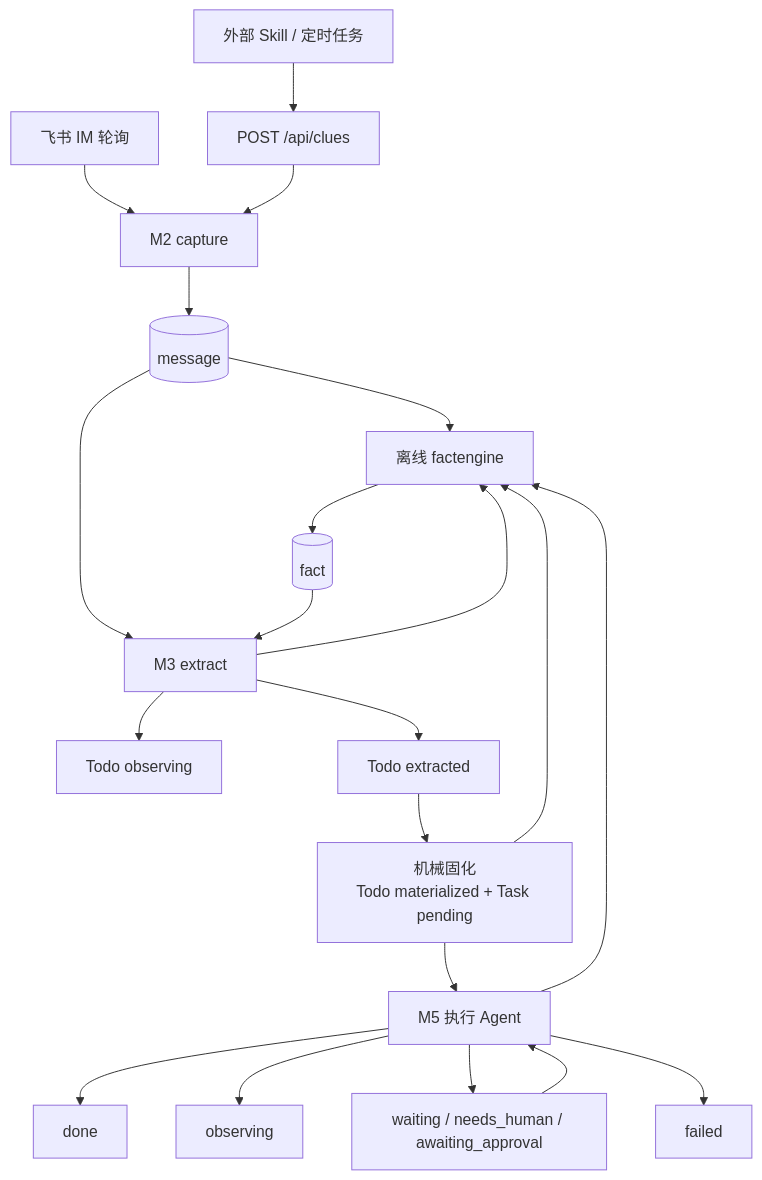
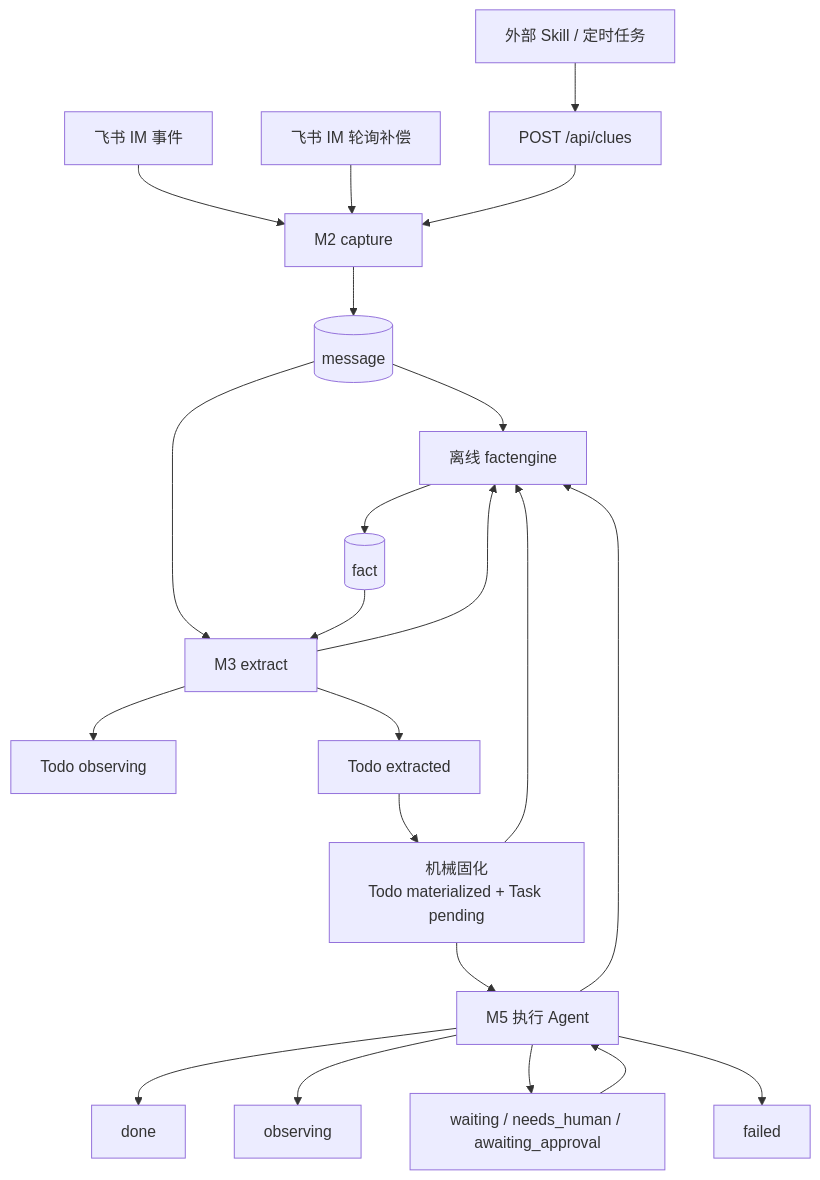
Before and after one commit to mjscjj/jarvis: the second of 2 diagrams in docs/00-overview.md, drawn with Mermaid. The commit also changed other lines of this file and 11 other files, not shown here.

````diff
--- a/docs/00-overview.md
+++ b/docs/00-overview.md
@@ -45,21 +45,22 @@
 ```mermaid
 flowchart TD
-    IM["飞书 IM 轮询"] --> M2["M2 capture"]
+    EVENT["飞书 IM 事件"] --> M2["M2 capture"]
+    POLL["飞书 IM 轮询补偿"] --> M2
     EXT["外部 Skill / 定时任务"] --> CLUE["POST /api/clues"] --> M2
     M2 --> MSG[("message")]
     MSG --> FACT["离线 factengine"] --> F[("fact")]
     MSG --> M3["M3 extract"]
     F --> M3
     M3 --> OBS0["Todo observing"]
     M3 --> EXT0["Todo extracted"]
     M3 --> FACT
     EXT0 --> MATERIALIZED["机械固化\nTodo materialized + Task pending"]
     MATERIALIZED --> EXEC["M5 执行 Agent"]
     MATERIALIZED --> FACT
     EXEC --> FACT
     EXEC --> DONE["done"]
     EXEC --> OBS2["observing"]
     EXEC --> WAIT["waiting / needs_human / awaiting_approval"]
     EXEC --> FAIL["failed"]
     WAIT --> EXEC
 ```
````
